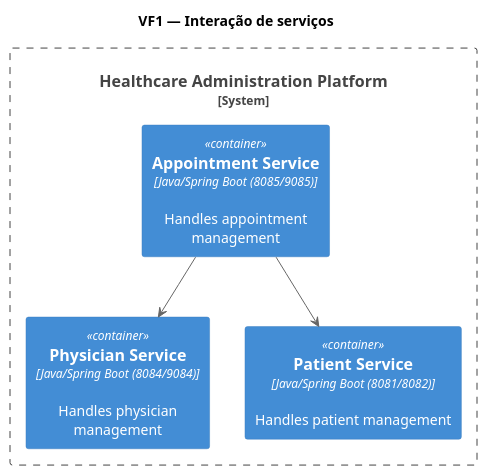
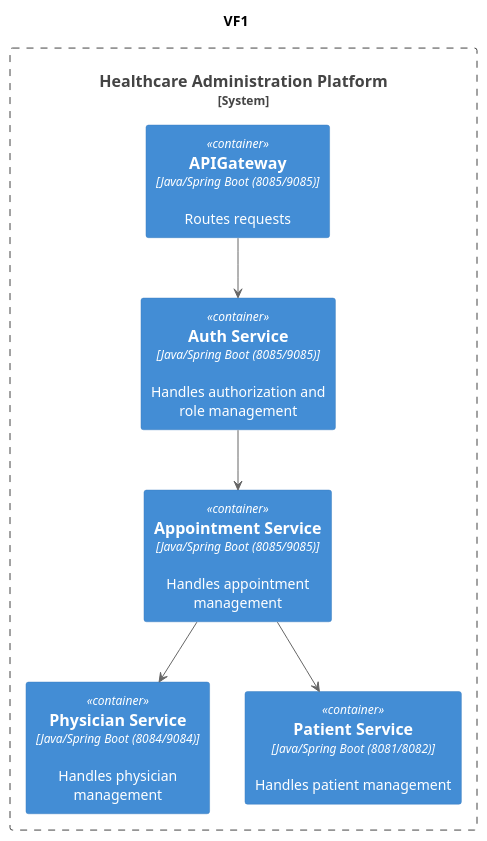
One commit to 1211104/PROJ_SIDIS2025 changed the diagram in docs/iteração2/Vista Física/VF1.puml. Above: the diagram before and after it, drawn with PlantUML. The commit also changed 6 other files, not shown here.

Commit message:
Documentation updated to include RabbitMQ and Auth Service

```diff
--- a/docs/iteração2/Vista Física/VF1.puml
+++ b/docs/iteração2/Vista Física/VF1.puml
@@ -1,20 +1,24 @@
 @startuml
-title VF1 — Interação de serviços
+title VF1
 
 !include https://raw.githubusercontent.com/plantuml-stdlib/C4-PlantUML/master/C4_Container.puml
 
 skinparam shadowing false
 
 System_Boundary(hap, "Healthcare Administration Platform") {
 
   Container(physiciansService, "Physician Service", "Java/Spring Boot (8084/9084)", "Handles physician management")
   Container(patientsService, "Patient Service", "Java/Spring Boot (8081/8082)", "Handles patient management")
   Container(appointmentService, "Appointment Service", "Java/Spring Boot (8085/9085)", "Handles appointment management")
+  Container(apigateway, "APIGateway", "Java/Spring Boot (8085/9085)", "Routes requests")
+  Container(authService, "Auth Service", "Java/Spring Boot (8085/9085)", "Handles authorization and role management")
 
 }
 
 
 appointmentService --> physiciansService
 appointmentService --> patientsService
+apigateway --> authService
+authService --> appointmentService
 
 @enduml
```
